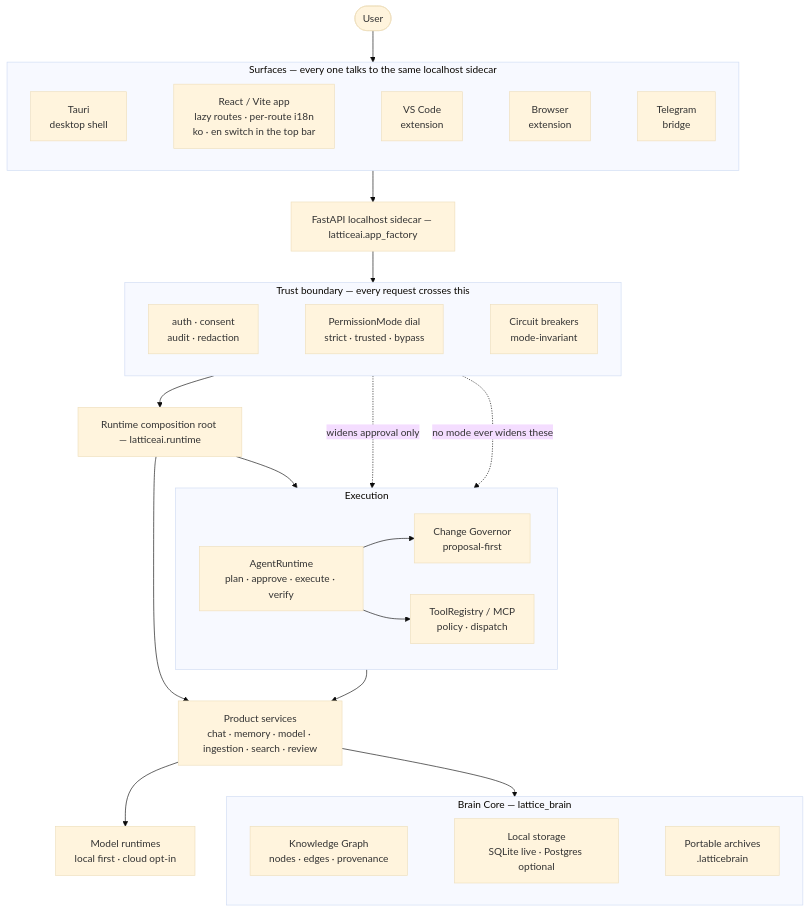
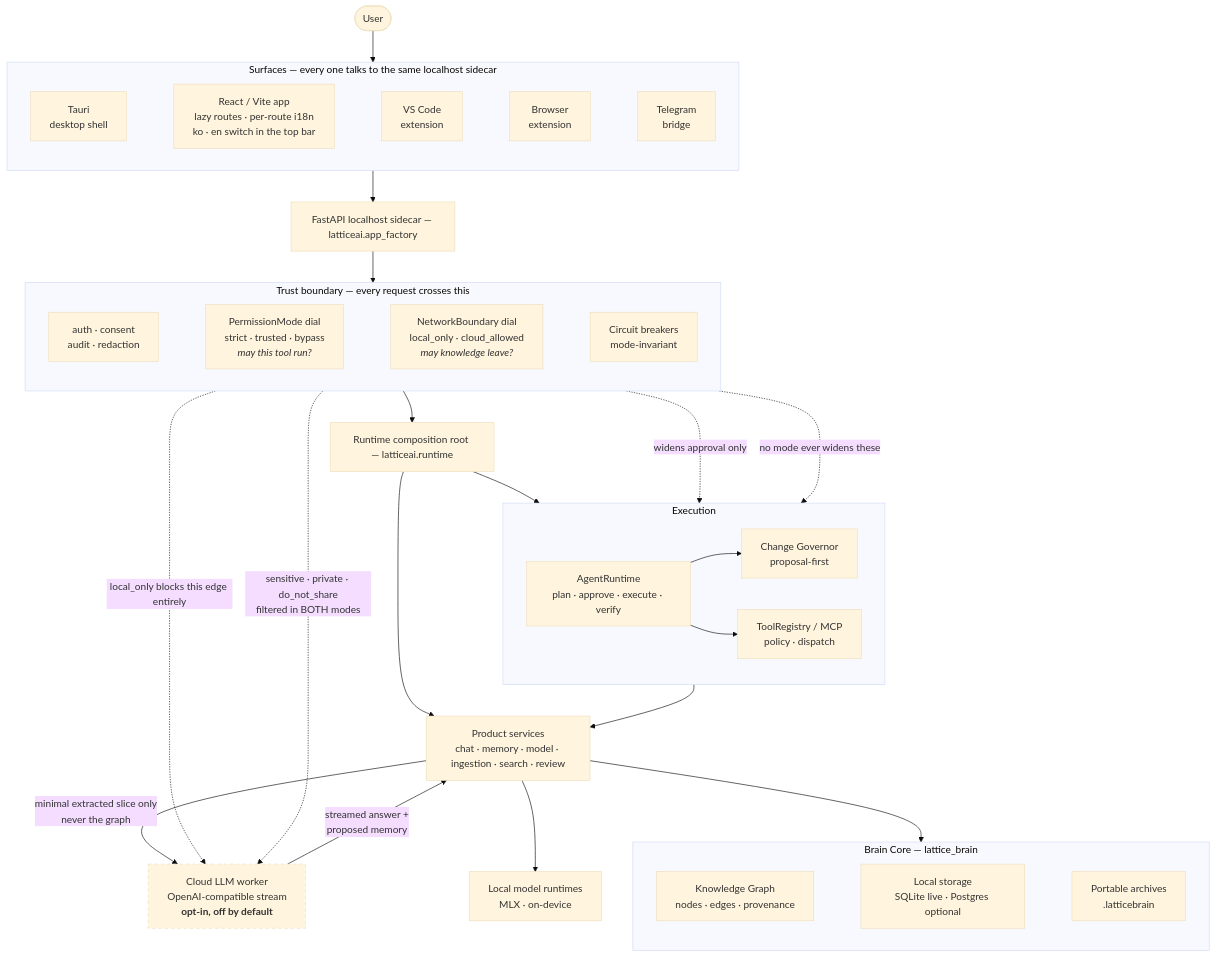
One commit to TaeSooPark-PTS/LatticeAI changed the first of 3 diagrams in ARCHITECTURE.md. Above: the diagram before and after it, drawn with Mermaid (base theme). The commit also changed other lines of this file and 87 other files, not shown here.

````diff
--- a/ARCHITECTURE.md
+++ b/ARCHITECTURE.md
@@ -15,59 +15,68 @@
 ```mermaid
 flowchart TB
   user(["User"])
 
   subgraph surfaces["Surfaces — every one talks to the same localhost sidecar"]
     direction LR
     ui["React / Vite app<br/>lazy routes · per-route i18n<br/>ko · en switch in the top bar"]
     desktop["Tauri<br/>desktop shell"]
     editor["VS Code<br/>extension"]
     browser["Browser<br/>extension"]
     telegram["Telegram<br/>bridge"]
     desktop ~~~ ui ~~~ editor ~~~ browser ~~~ telegram
   end
 
   api["FastAPI localhost sidecar — latticeai.app_factory"]
 
   subgraph gates["Trust boundary — every request crosses this"]
     direction LR
     trust["auth · consent<br/>audit · redaction"]
-    mode["PermissionMode dial<br/>strict · trusted · bypass"]
+    mode["PermissionMode dial<br/>strict · trusted · bypass<br/><i>may this tool run?</i>"]
+    net["NetworkBoundary dial<br/>local_only · cloud_allowed<br/><i>may knowledge leave?</i>"]
     breakers["Circuit breakers<br/>mode-invariant"]
-    trust ~~~ mode ~~~ breakers
+    trust ~~~ mode ~~~ net ~~~ breakers
   end
 
   runtime["Runtime composition root — latticeai.runtime"]
 
   subgraph exec["Execution"]
     direction LR
     agent["AgentRuntime<br/>plan · approve · execute · verify"]
     governor["Change Governor<br/>proposal-first"]
     tools["ToolRegistry / MCP<br/>policy · dispatch"]
     agent --> governor
     agent --> tools
   end
 
   subgraph data["Brain Core — lattice_brain"]
     direction LR
     kg["Knowledge Graph<br/>nodes · edges · provenance"]
     store["Local storage<br/>SQLite live · Postgres optional"]
     archive["Portable archives<br/>.latticebrain"]
     kg ~~~ store ~~~ archive
   end
 
   services["Product services<br/>chat · memory · model · ingestion · search · review"]
-  models["Model runtimes<br/>local first · cloud opt-in"]
+  models["Local model runtimes<br/>MLX · on-device"]
+  cloud["Cloud LLM worker<br/>OpenAI-compatible stream<br/><b>opt-in, off by default</b>"]
 
   user --> surfaces
   surfaces --> api
   api --> gates
   gates --> runtime
   runtime --> exec
   runtime --> services
   tools --> services
   services --> models
   services --> data
 
   mode -. "widens approval only" .-> tools
   breakers -. "no mode ever widens these" .-> tools
+
+  services -- "minimal extracted slice only<br/>never the graph" --> cloud
+  cloud -- "streamed answer +<br/>proposed memory" --> services
+  net -. "local_only blocks this edge entirely" .-> cloud
+  breakers -. "sensitive · private · do_not_share<br/>filtered in BOTH modes" .-> cloud
+
+  style cloud stroke-dasharray: 5 5
 ```
````
